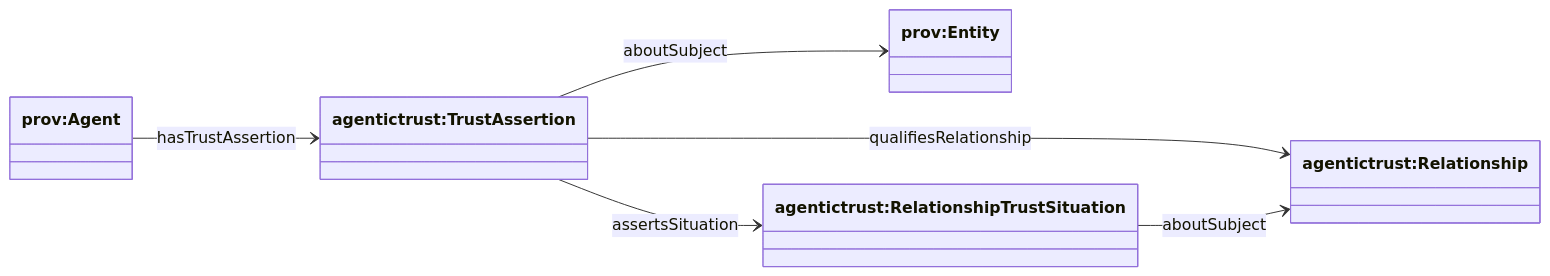
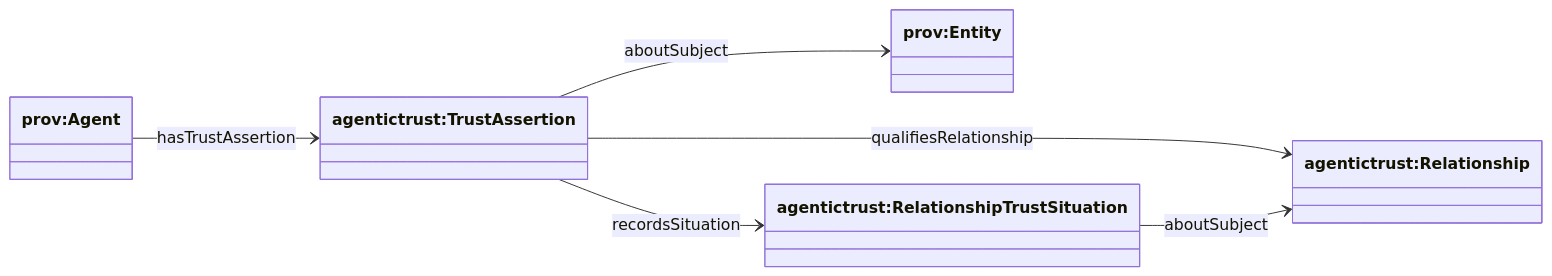
The seventh of 8 diagrams in docs/ontology/situation.md (Agentic-Trust-Layer/agent-explorer), drawn with Mermaid before and after one commit. The commit also changed other lines of this file and 12 other files, not shown here.

````diff
--- a/docs/ontology/situation.md
+++ b/docs/ontology/situation.md
@@ -246,18 +270,18 @@
 ```mermaid
 classDiagram
 direction LR
 
 class provAgent["prov:Agent"]
 class provEntity["prov:Entity"]
 
 class TrustAssertion["agentictrust:TrustAssertion"]
 class Relationship["agentictrust:Relationship"]
 class RelationshipTrustSituation["agentictrust:RelationshipTrustSituation"]
 
 provAgent --> TrustAssertion : hasTrustAssertion
 
 TrustAssertion --> provEntity : aboutSubject
 TrustAssertion --> Relationship : qualifiesRelationship
-TrustAssertion --> RelationshipTrustSituation : assertsSituation
+TrustAssertion --> RelationshipTrustSituation : recordsSituation
 RelationshipTrustSituation --> Relationship : aboutSubject
 ```
````
